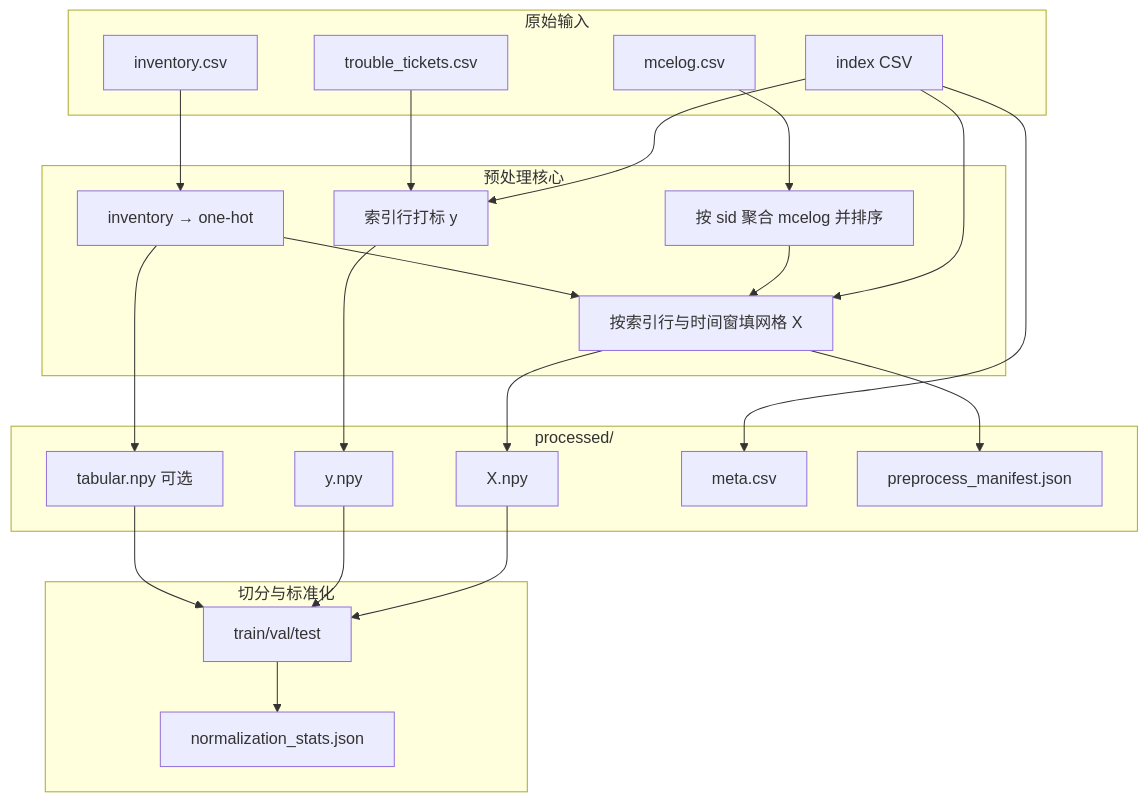
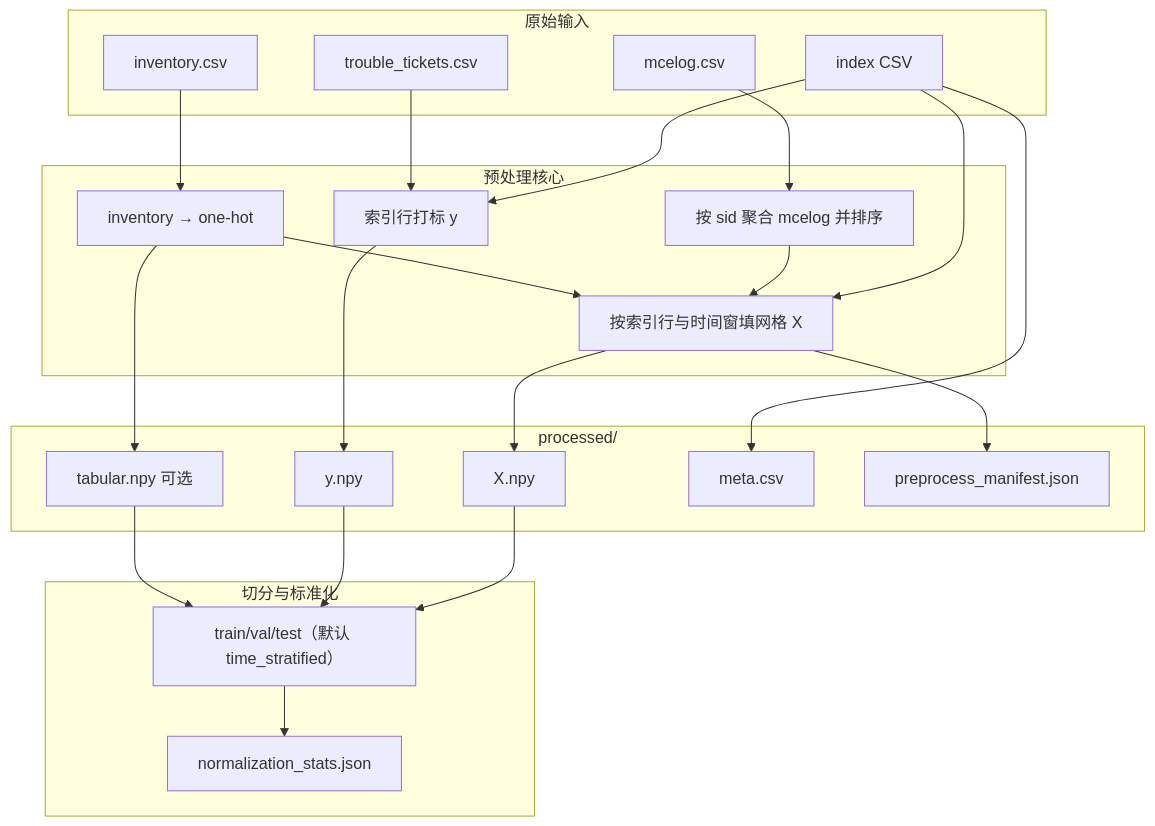
One commit to amunlau/dram_cnn changed the diagram in docs/data_processing_guide.md. Above: the diagram before and after it, drawn with Mermaid. The commit also changed other lines of this file and 49 other files, not shown here.

````diff
--- a/docs/data_processing_guide.md
+++ b/docs/data_processing_guide.md
@@ -60,40 +60,40 @@
 ```mermaid
 flowchart TB
   subgraph inputs [原始输入]
     IDX[index CSV]
     MC[mcelog.csv]
     TK[trouble_tickets.csv]
     INV[inventory.csv]
   end
   subgraph prep [预处理核心]
     E[按 sid 聚合 mcelog 并排序]
     L[索引行打标 y]
     T[inventory → one-hot]
     G[按索引行与时间窗填网格 X]
   end
   subgraph out [processed/]
     Xn[X.npy]
     Yn[y.npy]
     TAB[tabular.npy 可选]
     META[meta.csv]
     MAN[preprocess_manifest.json]
   end
   subgraph split [切分与标准化]
-    SP[train/val/test]
+    SP["train/val/test（默认 time_stratified）"]
     NS[normalization_stats.json]
   end
   IDX --> L
   IDX --> G
   MC --> E --> G
   TK --> L
   INV --> T --> G
   L --> Yn
   G --> Xn
   T --> TAB
   IDX --> META
   G --> MAN
   Xn --> SP
   Yn --> SP
   TAB --> SP
   SP --> NS
 ```
````
